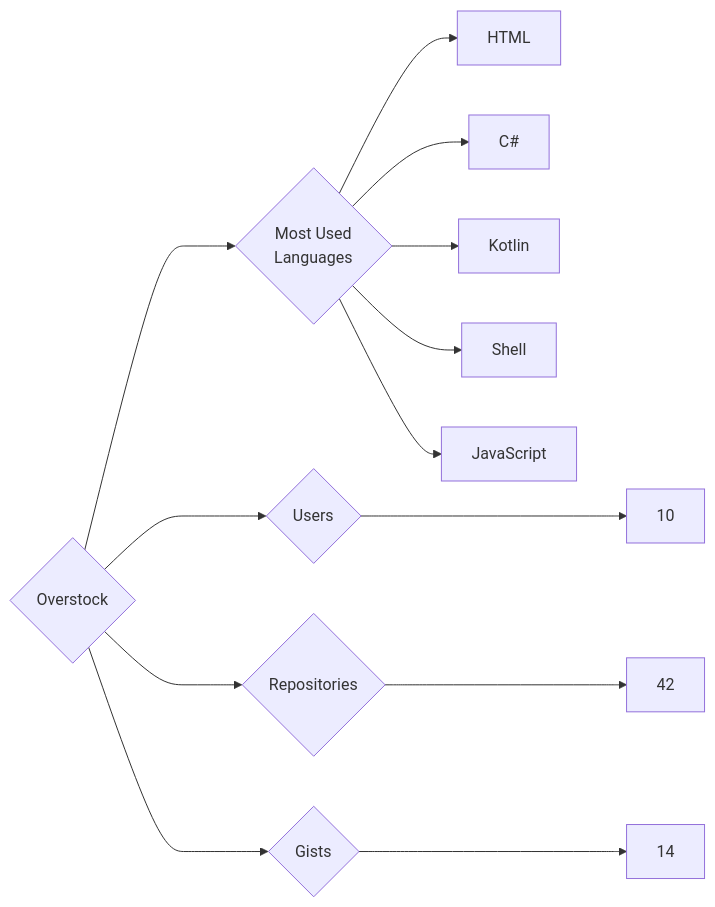
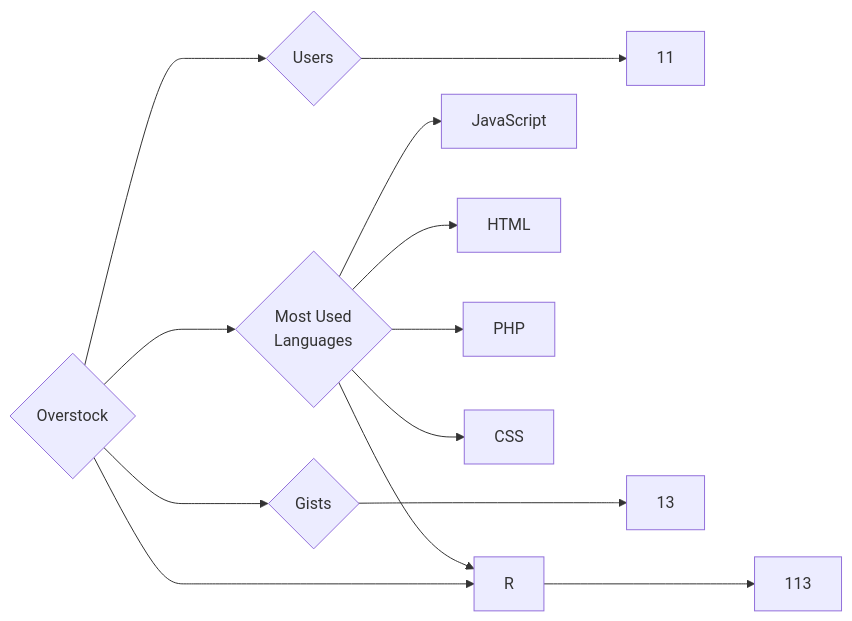
Before and after one commit to trickest/insiders: the diagram in targets/Overstock/README.md, drawn with Mermaid. The commit also changed 912 other files, not shown here.

````diff
--- a/targets/Overstock/README.md
+++ b/targets/Overstock/README.md
@@ -3,13 +3,13 @@
 ```mermaid
 graph LR
 COMPANY_NAME{Overstock}
-COMPANY_NAME ---> U{Users} ---> UN[10]
-COMPANY_NAME ---> R{Repositories} ---> RN[42]
-COMPANY_NAME ---> G{Gists} ---> GN[14]
+COMPANY_NAME ---> U{Users} ---> UN[11]
+COMPANY_NAME ---> R{Repositories} ---> RN[113]
+COMPANY_NAME ---> G{Gists} ---> GN[13]
 COMPANY_NAME ---> ML{Most Used<br>Languages}
+ML --> JavaScript[JavaScript]
 ML --> HTML[HTML]
-ML --> C#[C#]
-ML --> Kotlin[Kotlin]
-ML --> Shell[Shell]
-ML --> JavaScript[JavaScript]
+ML --> PHP[PHP]
+ML --> CSS[CSS]
+ML --> R[R]
 ```
````
